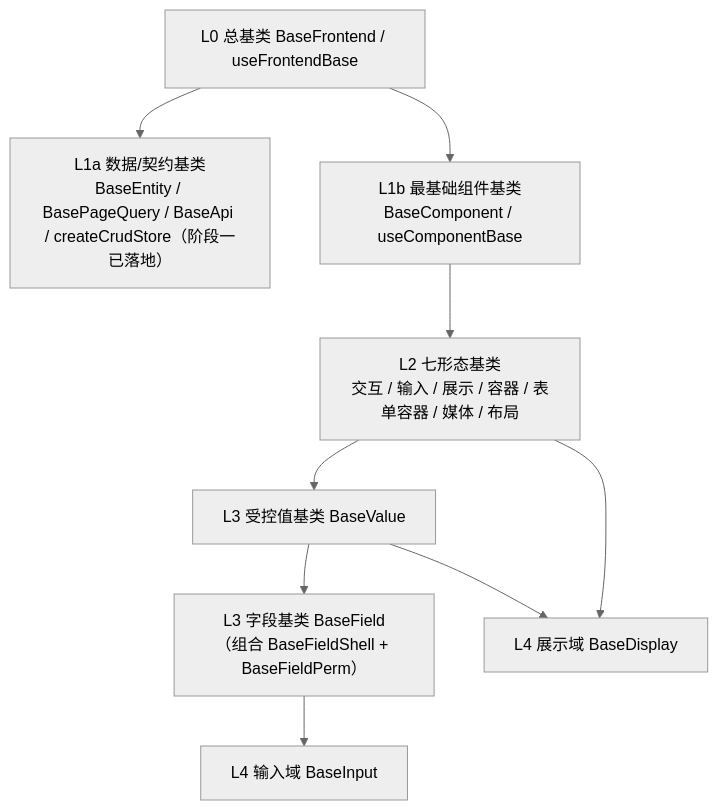
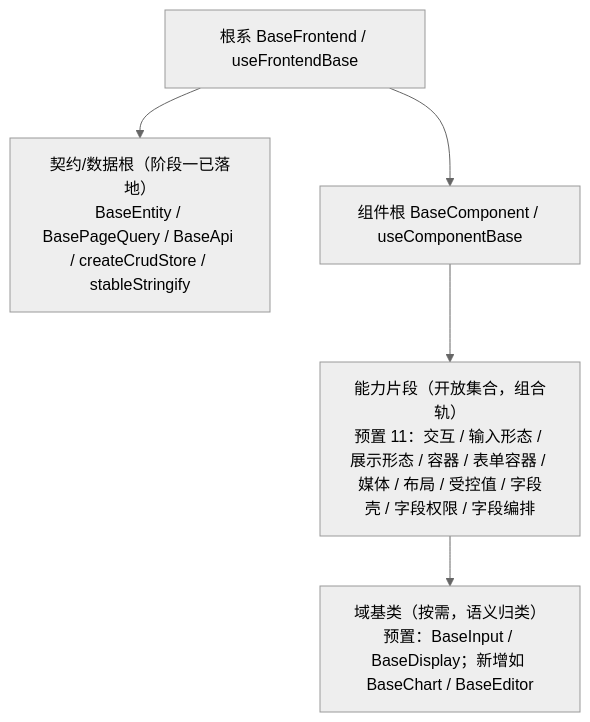
The diagram in bms文档/项目/04_前端组件库/需求/01_需求_基础组件类.md (minjian123/basic-management-system), drawn with Mermaid (neutral theme) before and after one commit. The commit also changed other lines of this file and 181 other files, not shown here.

Commit message:
docs(组件库): 前端基类体系改开放式（根系/组件根/能力片段/域基类）+ 组件设计节点重排与全量同步

````diff
--- a/bms文档/项目/04_前端组件库/需求/01_需求_基础组件类.md
+++ b/bms文档/项目/04_前端组件库/需求/01_需求_基础组件类.md
@@ -11,19 +11,12 @@
 ```mermaid
 flowchart TD
-    L0["L0 总基类 BaseFrontend / useFrontendBase"]
-    L1A["L1a 数据/契约基类<br/>BaseEntity / BasePageQuery / BaseApi / createCrudStore（阶段一已落地）"]
-    L1B["L1b 最基础组件基类<br/>BaseComponent / useComponentBase"]
-    L2["L2 七形态基类<br/>交互 / 输入 / 展示 / 容器 / 表单容器 / 媒体 / 布局"]
-    L3V["L3 受控值基类 BaseValue"]
-    L3F["L3 字段基类 BaseField<br/>（组合 BaseFieldShell + BaseFieldPerm）"]
-    L4I["L4 输入域 BaseInput"]
-    L4D["L4 展示域 BaseDisplay"]
-    L0 --> L1A
-    L0 --> L1B
-    L1B --> L2
-    L2 --> L3V
-    L3V --> L3F
-    L3F --> L4I
-    L3V --> L4D
-    L2 --> L4D
+    ROOT["根系 BaseFrontend / useFrontendBase"]
+    DATA["契约/数据根（阶段一已落地）<br/>BaseEntity / BasePageQuery / BaseApi / createCrudStore / stableStringify"]
+    COMP["组件根 BaseComponent / useComponentBase"]
+    CAP["能力片段（开放集合，组合轨）<br/>预置 11：交互 / 输入形态 / 展示形态 / 容器 / 表单容器 / 媒体 / 布局 / 受控值 / 字段壳 / 字段权限 / 字段编排"]
+    DOM["域基类（按需，语义归类）<br/>预置：BaseInput / BaseDisplay；新增如 BaseChart / BaseEditor"]
+    ROOT --> DATA
+    ROOT --> COMP
+    COMP --> CAP
+    CAP --> DOM
 ```
````
